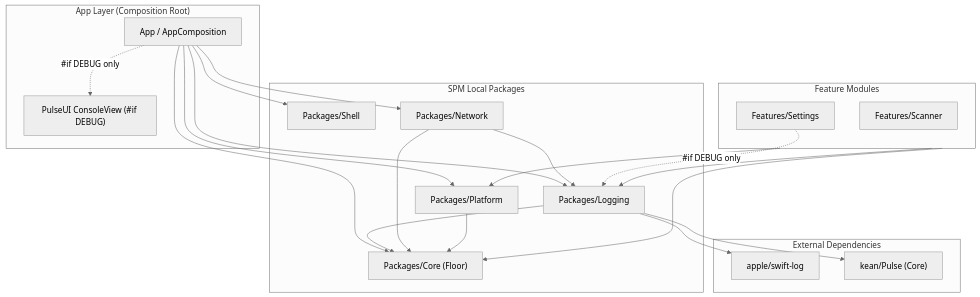
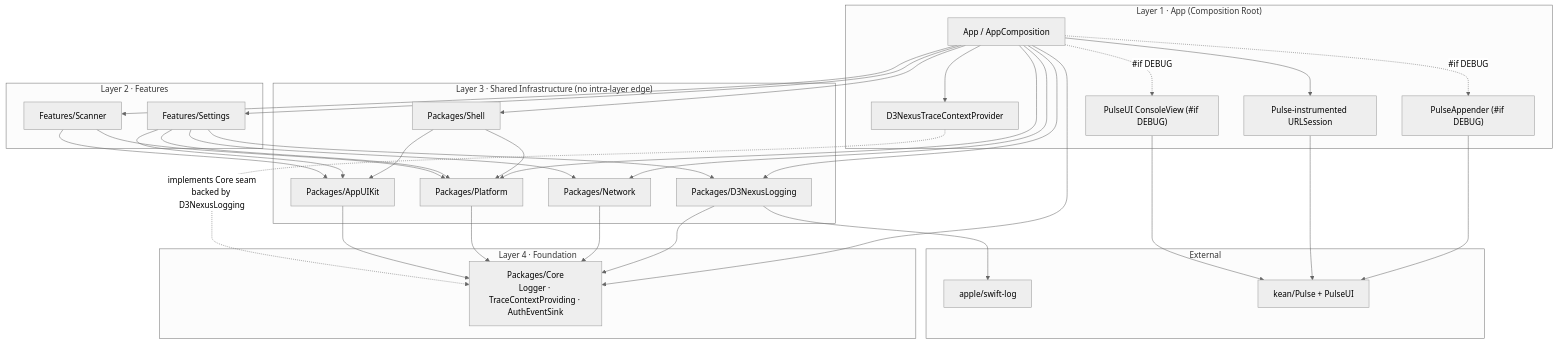
Before and after one commit to DanhDue/ios_digital_wallet: the first of 4 diagrams in .devtool/epic/pulse_logger/pulse_logger.en.md, drawn with Mermaid (neutral theme). The commit also changed other lines of this file and 34 other files, not shown here.

First line of the commit message:
[PULSE_LOGGER] Revise epic design after Stage 2 codebase audit

````diff
--- a/.devtool/epic/pulse_logger/pulse_logger.en.md
+++ b/.devtool/epic/pulse_logger/pulse_logger.en.md
@@ -65,45 +110,54 @@
 ```mermaid
 graph TD
-    subgraph Host["App Layer (Composition Root)"]
+    subgraph Host["Layer 1 · App (Composition Root)"]
         App["App / AppComposition"]
+        PulseApp["PulseAppender (#if DEBUG)"]
+        PulseSession["Pulse-instrumented URLSession"]
+        TraceBind["D3NexusTraceContextProvider"]
         PulseUI["PulseUI ConsoleView (#if DEBUG)"]
     end
 
-    subgraph Packages["SPM Local Packages"]
-        Shell["Packages/Shell"]
-        Logging["Packages/Logging"]
-        Network["Packages/Network"]
-        Platform["Packages/Platform"]
-        Core["Packages/Core (Floor)"]
-    end
-
-    subgraph Features["Feature Modules"]
+    subgraph L2["Layer 2 · Features"]
         Settings["Features/Settings"]
         Scanner["Features/Scanner"]
     end
 
-    subgraph External["External Dependencies"]
-        SwiftLog["apple/swift-log"]
-        PulseCore["kean/Pulse (Core)"]
+    subgraph L3["Layer 3 · Shared Infrastructure (no intra-layer edge)"]
+        Shell["Packages/Shell"]
+        Logging["Packages/D3NexusLogging"]
+        Network["Packages/Network"]
+        Platform["Packages/Platform"]
+        UIKitPkg["Packages/AppUIKit"]
     end
 
-    App --> Shell
-    App --> Logging
-    App --> Network
-    App --> Platform
-    App --> Core
-    App -.->|#if DEBUG only| PulseUI
+    subgraph L4["Layer 4 · Foundation"]
+        Core["Packages/Core<br/>Logger · TraceContextProviding · AuthEventSink"]
+    end
+
+    subgraph Ext["External"]
+        SwiftLog["apple/swift-log"]
+        PulseCore["kean/Pulse + PulseUI"]
+    end
+
+    App --> Shell & Logging & Network & Platform & Core
+    App --> Settings & Scanner
+    App -.->|#if DEBUG| PulseApp
+    App --> PulseSession
+    App --> TraceBind
+    App -.->|#if DEBUG| PulseUI
+    PulseApp --> PulseCore
+    PulseSession --> PulseCore
+    PulseUI --> PulseCore
 
     Logging --> Core
     Logging --> SwiftLog
-    Logging --> PulseCore
+    Network --> Core
+    Platform --> Core
+    UIKitPkg --> Core
+    Shell --> Platform & UIKitPkg
 
-    Network --> Core
-    Network --> Logging
+    Settings --> Platform & Network & UIKitPkg & Logging
+    Scanner --> Platform & UIKitPkg
 
-    Platform --> Core
-    Features --> Core
-    Features --> Logging
-    Features --> Platform
-    Settings -.->|#if DEBUG only| Logging
+    TraceBind -.->|implements Core seam<br/>backed by D3NexusLogging| Core
 ```
````
